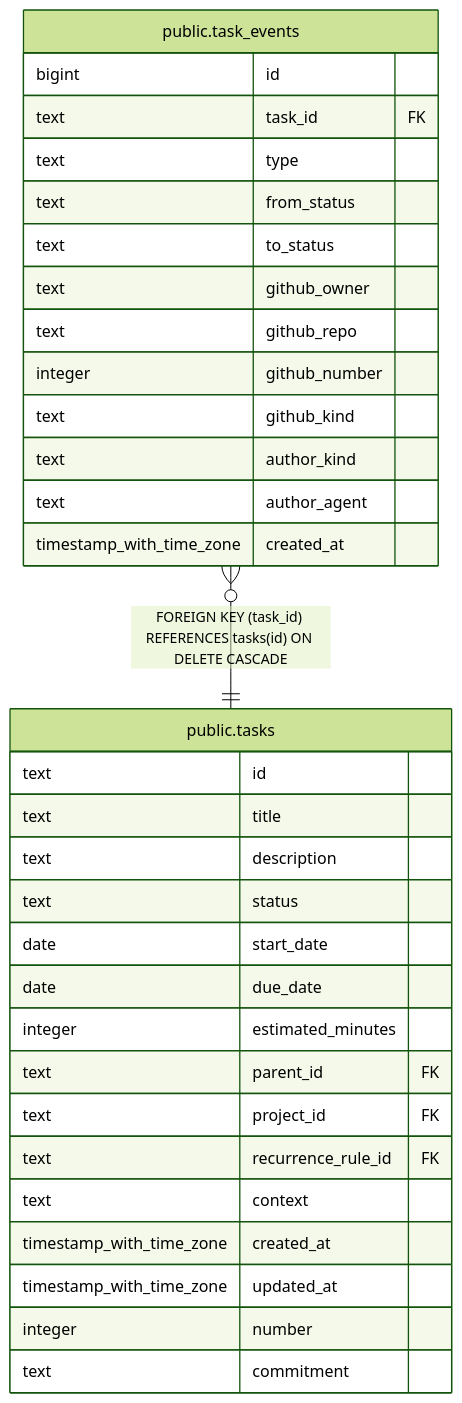
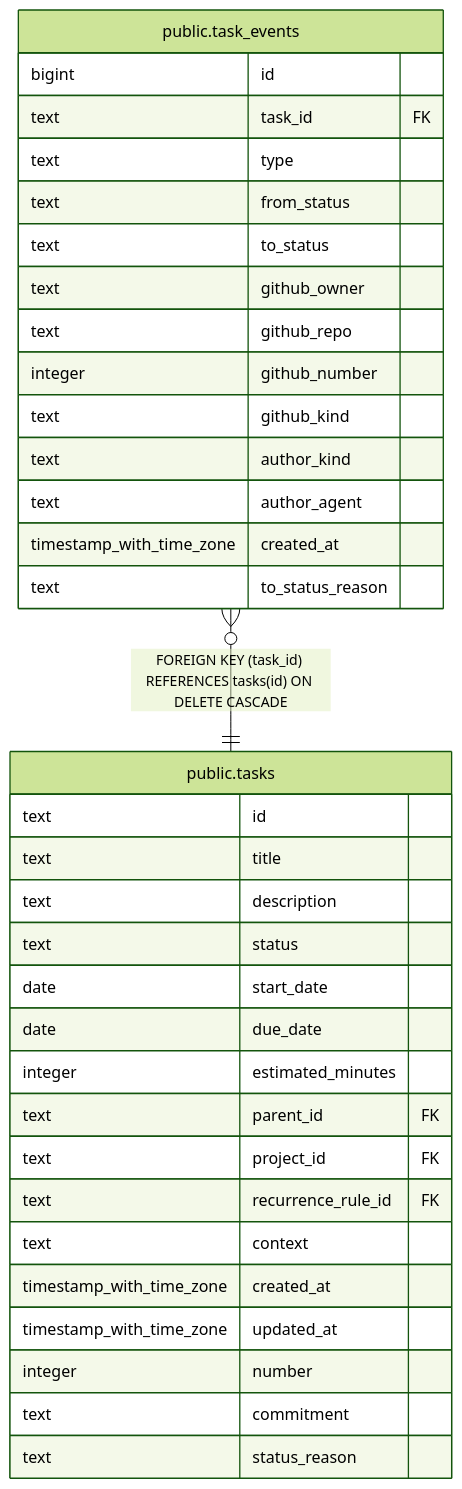
Before and after one commit to fohte/tq: the diagram in docs/db/public.task_events.md, drawn with Mermaid (forest theme). The commit also changed other lines of this file and 101 other files, not shown here.

````diff
--- a/docs/db/public.task_events.md
+++ b/docs/db/public.task_events.md
@@ -40,37 +41,39 @@
 ```mermaid
 erDiagram
 
 "public.task_events" }o--|| "public.tasks" : "FOREIGN KEY (task_id) REFERENCES tasks(id) ON DELETE CASCADE"
 
 "public.task_events" {
   bigint id
   text task_id FK
   text type
   text from_status
   text to_status
   text github_owner
   text github_repo
   integer github_number
   text github_kind
   text author_kind
   text author_agent
   timestamp_with_time_zone created_at
+  text to_status_reason
 }
 "public.tasks" {
   text id
   text title
   text description
   text status
   date start_date
   date due_date
   integer estimated_minutes
   text parent_id FK
   text project_id FK
   text recurrence_rule_id FK
   text context
   timestamp_with_time_zone created_at
   timestamp_with_time_zone updated_at
   integer number
   text commitment
+  text status_reason
 }
 ```
````
